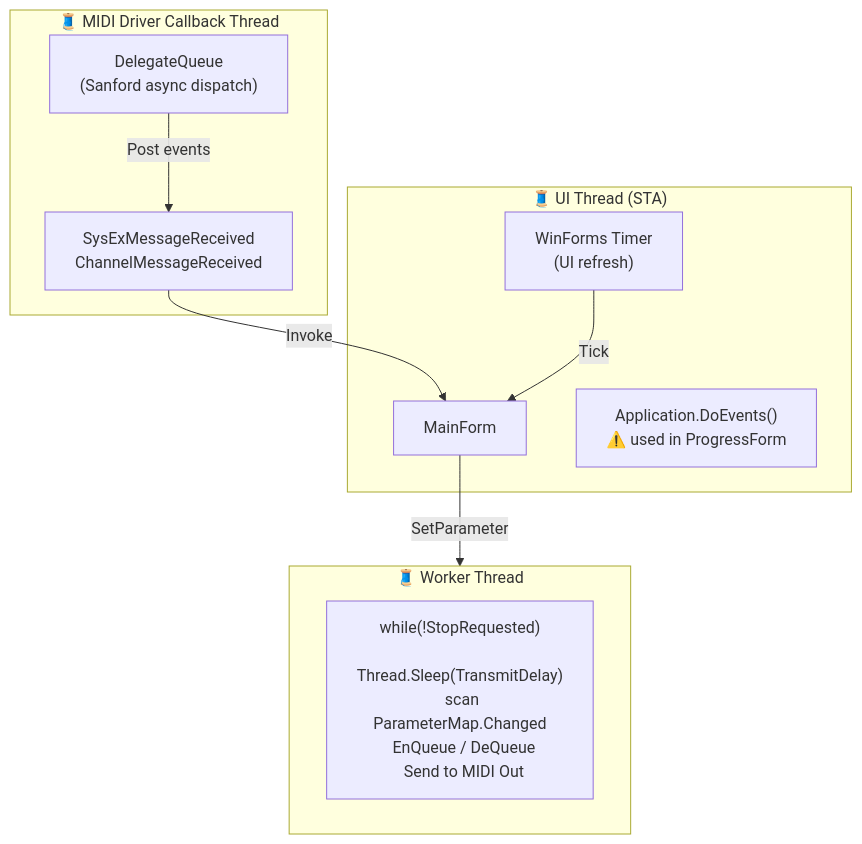
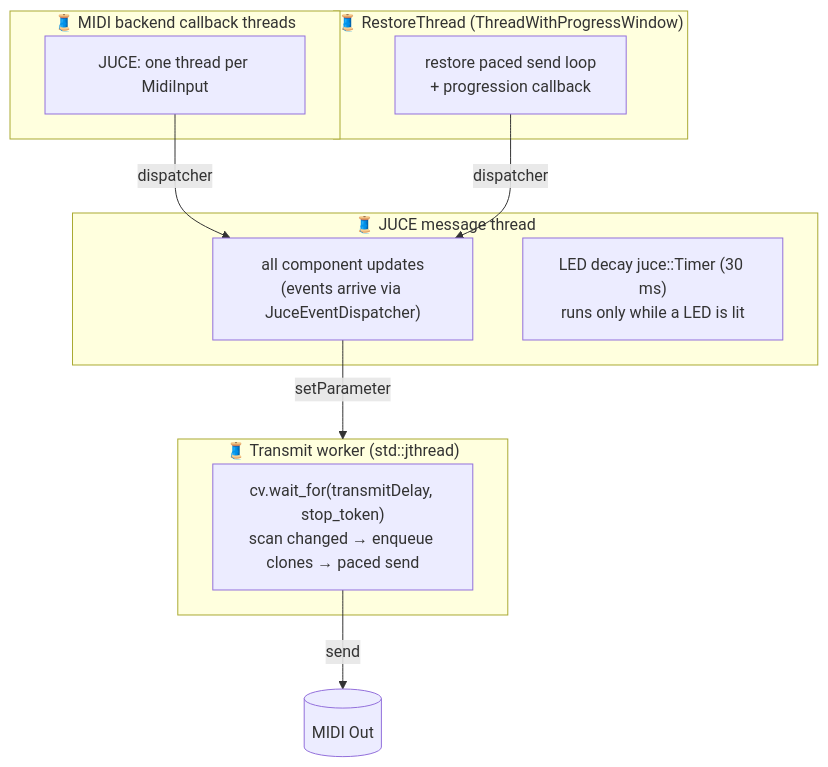
One commit to xplorer2716/XplorerEditor changed diagram 11 of 12 in docs/architecture-analysis.md. Above: the diagram before and after it, drawn with Mermaid. The commit also changed other lines of this file and 203 other files, not shown here.

````diff
--- a/docs/architecture-analysis.md
+++ b/docs/architecture-analysis.md
@@ -321,22 +494,24 @@
 ```mermaid
 flowchart TB
-    subgraph UIThread ["🧵 UI Thread (STA)"]
-        MainForm
-        Timer["WinForms Timer\n(UI refresh)"]
-        DoEvents["Application.DoEvents()\n⚠️ used in ProgressForm"]
+    subgraph UIThread ["🧵 JUCE message thread"]
+        Handlers["all component updates\n(events arrive via JuceEventDispatcher)"]
+        LedTimer["LED decay juce::Timer (30 ms)\nruns only while a LED is lit"]
     end
 
-    subgraph WorkerThread ["🧵 Worker Thread"]
-        Loop["while(!StopRequested)\n  Thread.Sleep(TransmitDelay)\n  scan ParameterMap.Changed\n  EnQueue / DeQueue\n  Send to MIDI Out"]
+    subgraph WorkerThread ["🧵 Transmit worker (std::jthread)"]
+        Loop["cv.wait_for(transmitDelay, stop_token)\nscan changed → enqueue clones → paced send"]
     end
 
-    subgraph MidiCallbackThread ["🧵 MIDI Driver Callback Thread"]
-        DelegateQueue["DelegateQueue\n(Sanford async dispatch)"]
-        SysExHandler["SysExMessageReceived\nChannelMessageReceived"]
+    subgraph MidiCallbackThread ["🧵 MIDI backend callback threads"]
+        JuceCb["JUCE: one thread per MidiInput"]
     end
 
-    MainForm -->|SetParameter| WorkerThread
-    DelegateQueue -->|Post events| SysExHandler
-    SysExHandler -->|Invoke| MainForm
-    Timer -->|Tick| MainForm
+    subgraph RestoreThread ["🧵 RestoreThread (ThreadWithProgressWindow)"]
+        Dump["restore paced send loop\n+ progression callback"]
+    end
+
+    JuceCb -->|dispatcher| Handlers
+    Loop -->|send| OUT[(MIDI Out)]
+    Dump -->|dispatcher| Handlers
+    Handlers -->|setParameter| WorkerThread
 ```
````
